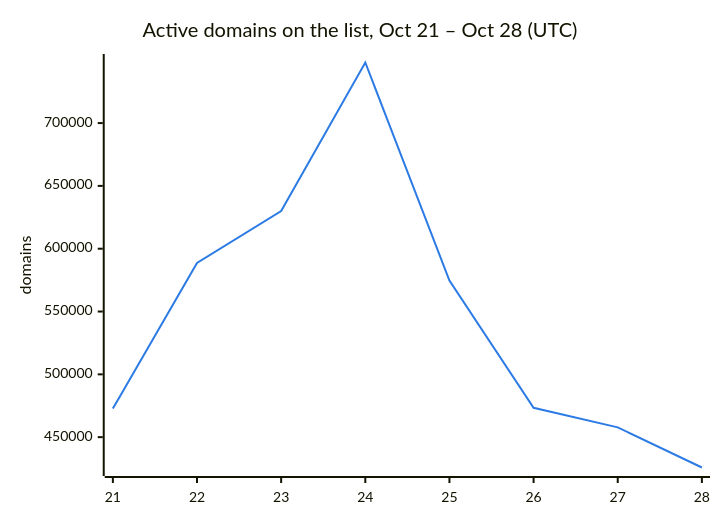
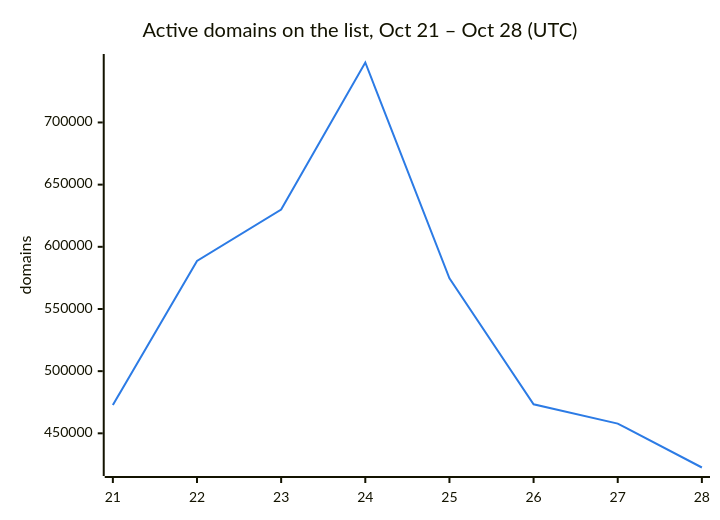
One commit to DNSBunker/CTI changed the second of 3 diagrams in README.md. Above: the diagram before and after it, drawn with Mermaid. The commit also changed other lines of this file and 3 other files, not shown here.

````diff
--- a/README.md
+++ b/README.md
@@ -38,8 +38,8 @@
 ```mermaid
 %%{init: {"themeVariables": {"xyChart": {"plotColorPalette": "#2c7be5"}}}}%%
 xychart-beta
     title "Active domains on the list, Oct 21 – Oct 28 (UTC)"
     x-axis ["21", "22", "23", "24", "25", "26", "27", "28"]
     y-axis "domains"
-    line [472713, 588659, 629951, 748222, 574614, 473331, 457795, 425849]
+    line [472713, 588659, 629951, 748222, 574614, 473331, 457795, 422519]
 ```
````
